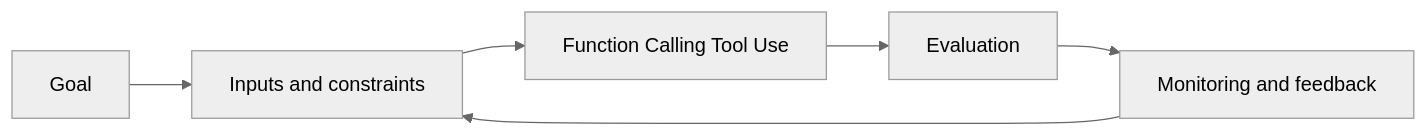
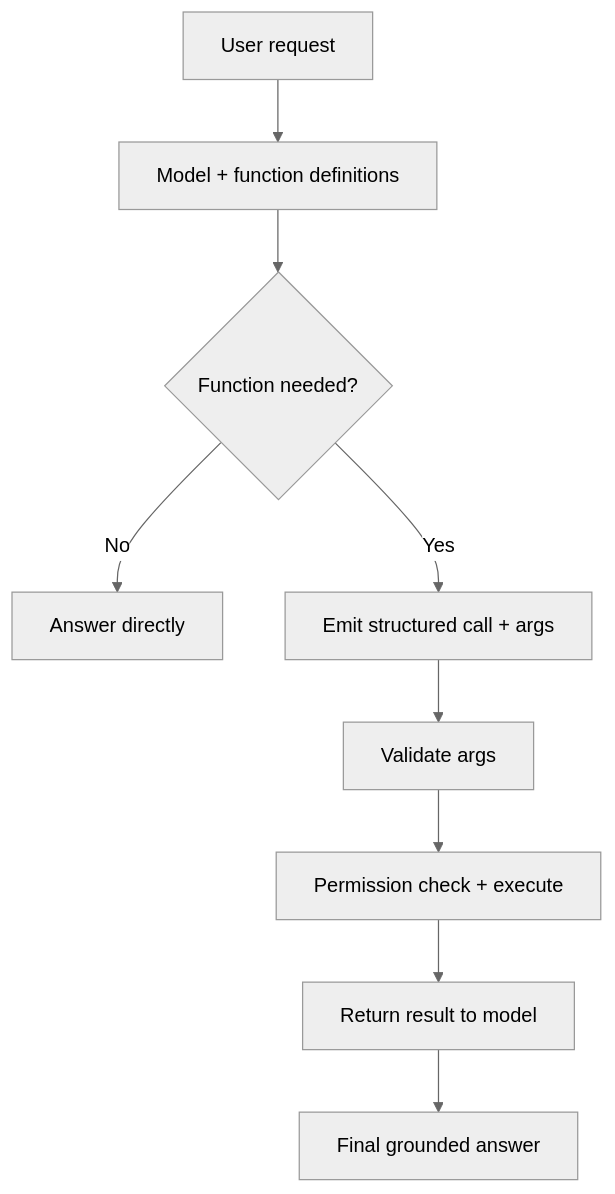
One commit to Icon1cc/Machine-Learning changed the diagram in llms/09-function-calling-tool-use.md. Above: the diagram before and after it, drawn with Mermaid (neutral theme). The commit also changed other lines of this file and 118 other files, not shown here.

````diff
--- a/llms/09-function-calling-tool-use.md
+++ b/llms/09-function-calling-tool-use.md
@@ -93,8 +71,11 @@
 ```mermaid
-flowchart LR
-    A[Goal] --> B[Inputs and constraints]
-    B --> C[Function Calling Tool Use]
-    C --> D[Evaluation]
-    D --> E[Monitoring and feedback]
-    E --> B
+flowchart TD
+    A[User request] --> B[Model + function definitions]
+    B --> C{Function needed?}
+    C -- No --> D[Answer directly]
+    C -- Yes --> E[Emit structured call + args]
+    E --> F[Validate args]
+    F --> G[Permission check + execute]
+    G --> H[Return result to model]
+    H --> I[Final grounded answer]
 ```
````
